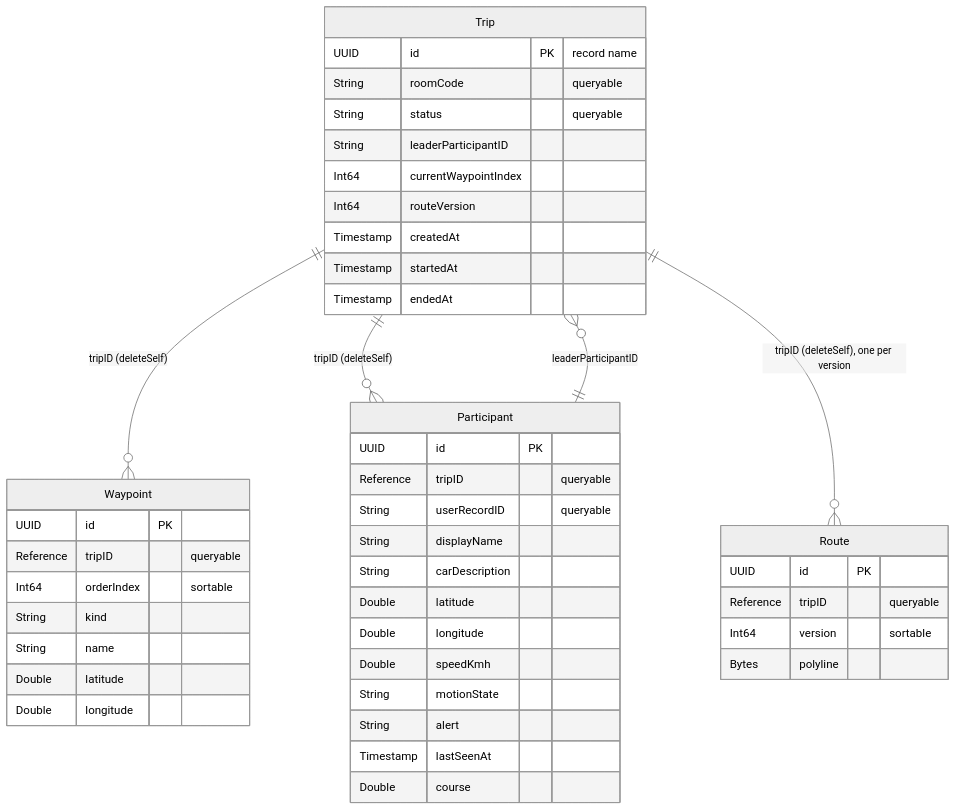
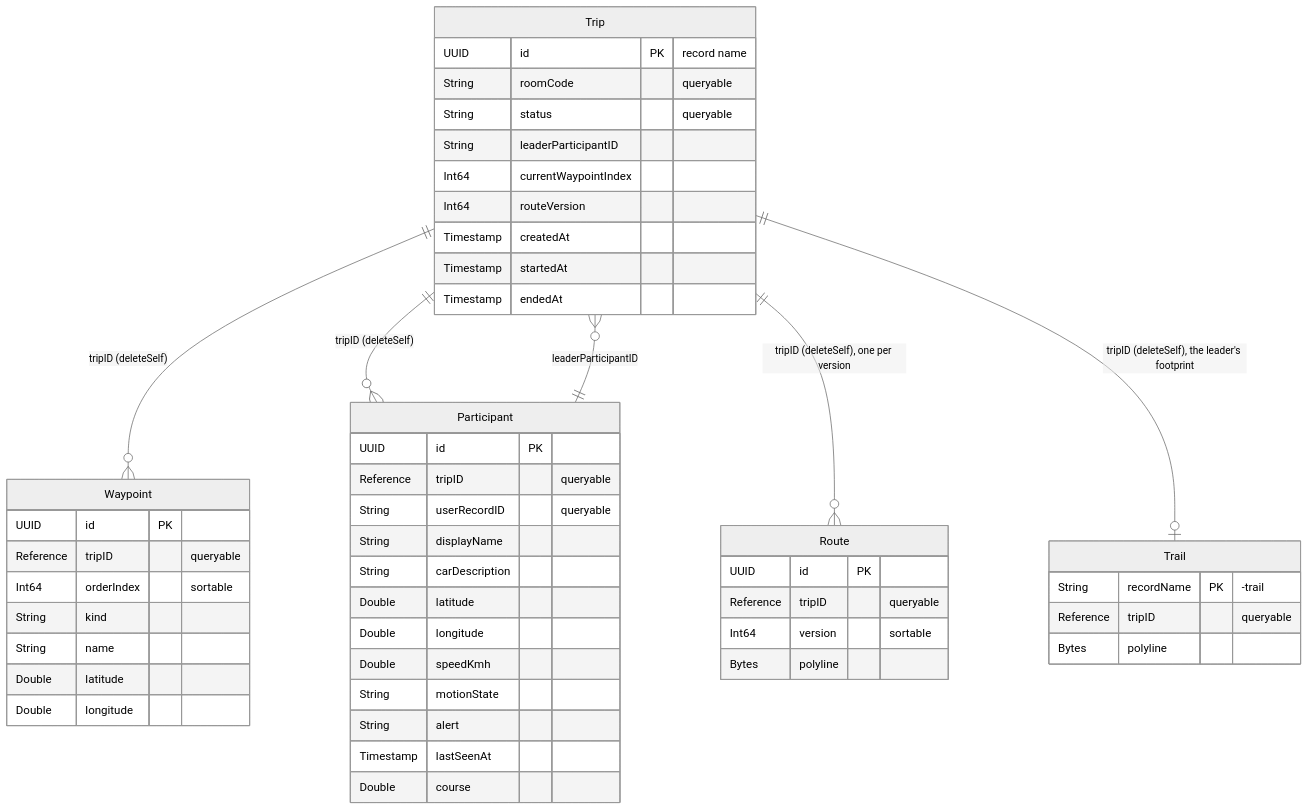
One commit to C5-M3/Lezgo changed the diagram in CloudKit/TripSync.md. Above: the diagram before and after it, drawn with Mermaid (neutral theme). The commit also changed other lines of this file and 1 other file, not shown here.

Commit message:
docs(footprint): describe the footprint, its sync and background location

````diff
--- a/CloudKit/TripSync.md
+++ b/CloudKit/TripSync.md
@@ -293,48 +297,54 @@
 ```mermaid
 erDiagram
     Trip ||--o{ Waypoint : "tripID (deleteSelf)"
     Trip ||--o{ Participant : "tripID (deleteSelf)"
     Trip ||--o{ Route : "tripID (deleteSelf), one per version"
+    Trip ||--o| Trail : "tripID (deleteSelf), the leader's footprint"
     Trip }o--|| Participant : "leaderParticipantID"
 
     Trip {
         UUID id PK "record name"
         String roomCode "queryable"
         String status "queryable"
         String leaderParticipantID
         Int64 currentWaypointIndex
         Int64 routeVersion
         Timestamp createdAt
         Timestamp startedAt
         Timestamp endedAt
     }
     Waypoint {
         UUID id PK
         Reference tripID "queryable"
         Int64 orderIndex "sortable"
         String kind
         String name
         Double latitude
         Double longitude
     }
     Participant {
         UUID id PK
         Reference tripID "queryable"
         String userRecordID "queryable"
         String displayName
         String carDescription
         Double latitude
         Double longitude
         Double speedKmh
         String motionState
         String alert
         Timestamp lastSeenAt
         Double course
     }
     Route {
         UUID id PK
         Reference tripID "queryable"
         Int64 version "sortable"
         Bytes polyline
     }
+    Trail {
+        String recordName PK "<tripID>-trail"
+        Reference tripID "queryable"
+        Bytes polyline
+    }
 ```
````
